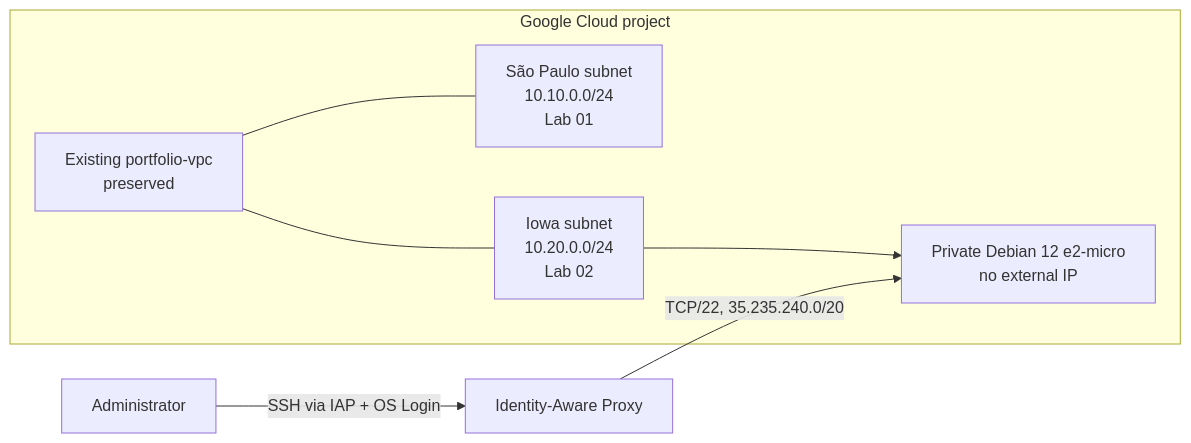
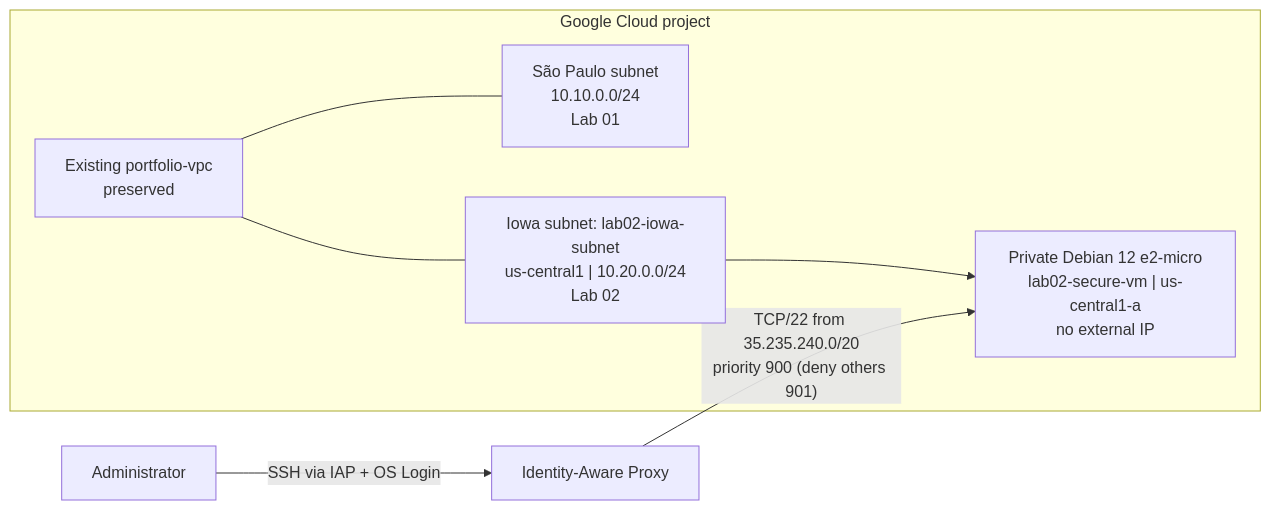
Before and after one commit to matheuslab-bit/matheuslab-bit: the diagram in projects/02-secure-compute-engine/README.md, drawn with Mermaid. The commit also changed other lines of this file and 5 other files, not shown here.

````diff
--- a/projects/02-secure-compute-engine/README.md
+++ b/projects/02-secure-compute-engine/README.md
@@ -11,14 +11,14 @@
 ```mermaid
 flowchart LR
     Admin["Administrator"] -->|"SSH via IAP + OS Login"| IAP["Identity-Aware Proxy"]
     subgraph GCP["Google Cloud project"]
       VPC["Existing portfolio-vpc<br/>preserved"]
       SP["São Paulo subnet<br/>10.10.0.0/24<br/>Lab 01"]
-      Iowa["Iowa subnet<br/>10.20.0.0/24<br/>Lab 02"]
-      VM["Private Debian 12 e2-micro<br/>no external IP"]
+      Iowa["Iowa subnet: lab02-iowa-subnet<br/>us-central1 | 10.20.0.0/24<br/>Lab 02"]
+      VM["Private Debian 12 e2-micro<br/>lab02-secure-vm | us-central1-a<br/>no external IP"]
       VPC --- SP
       VPC --- Iowa
       Iowa --> VM
     end
-    IAP -->|"TCP/22, 35.235.240.0/20"| VM
+    IAP -->|"TCP/22 from 35.235.240.0/20<br/>priority 900 (deny others 901)"| VM
 ```
````
